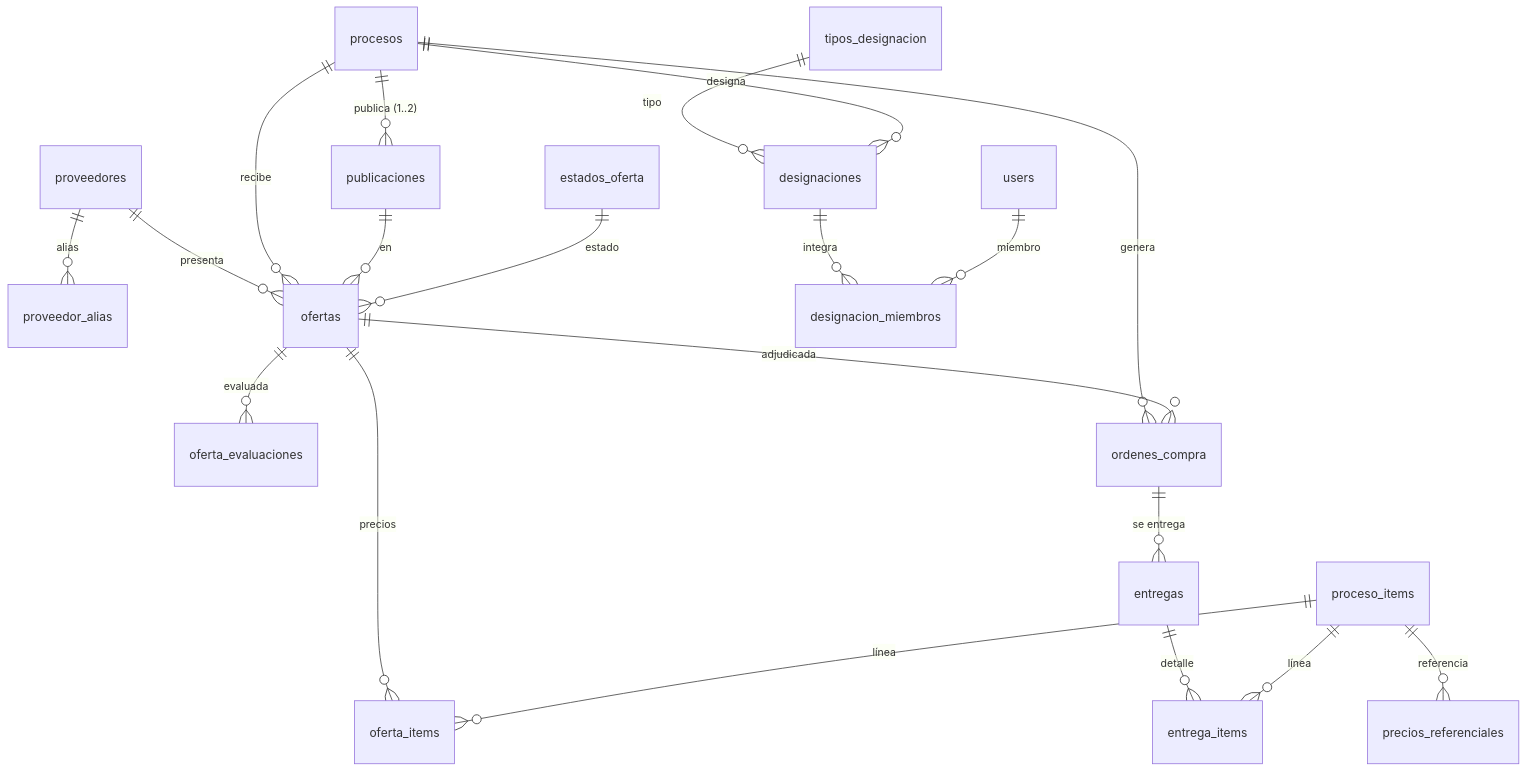
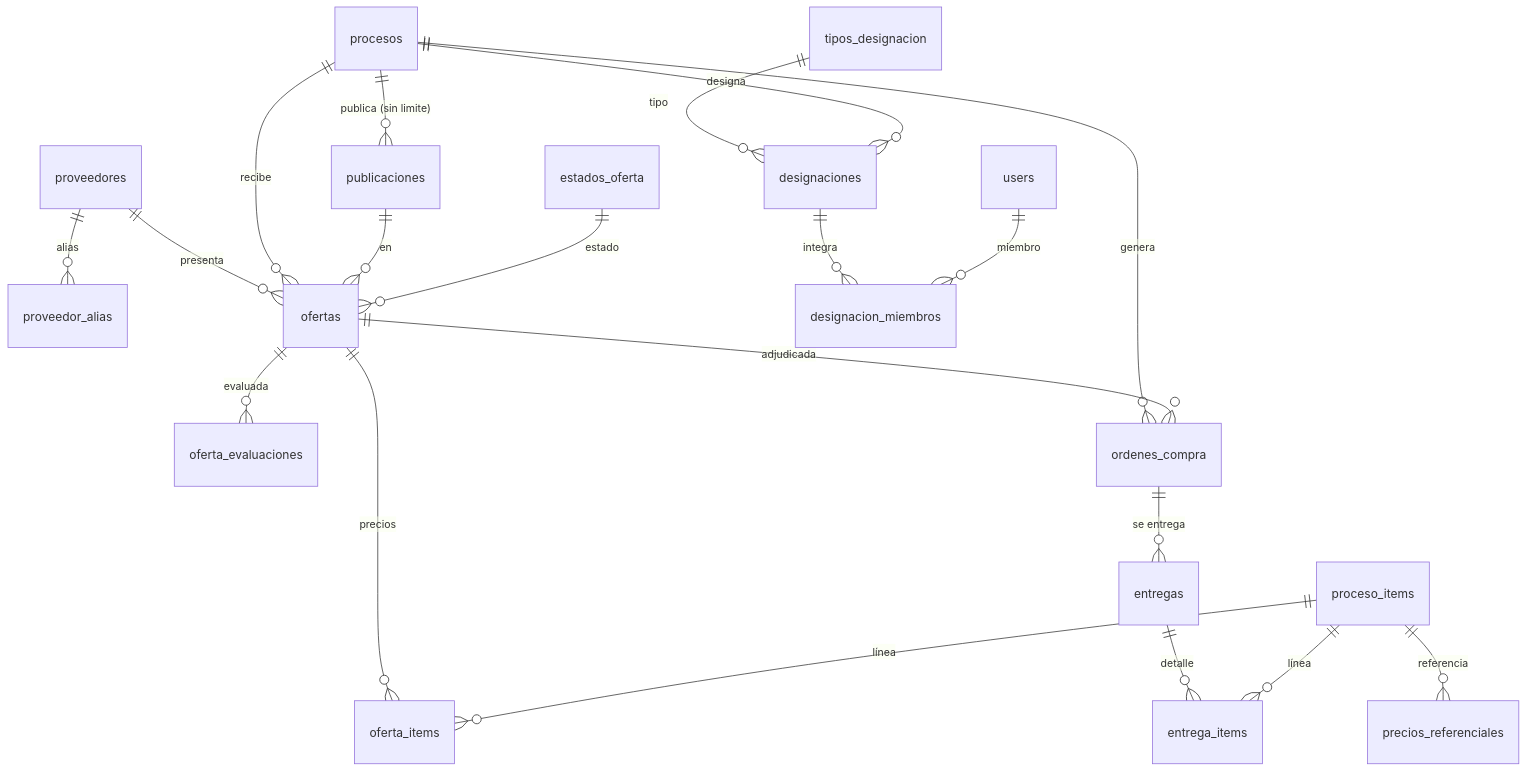
Before and after one commit to aozpzambrano/contratacion: the fourth of 4 diagrams in docs/01_arquitectura_datos.md, drawn with Mermaid. The commit also changed other lines of this file and 3 other files, not shown here.

Commit message:
Documentos requeridos para enviar a revision y publicaciones sin limite

````diff
--- a/docs/01_arquitectura_datos.md
+++ b/docs/01_arquitectura_datos.md
@@ -104,22 +104,22 @@
 ```mermaid
 erDiagram
-    procesos ||--o{ publicaciones : "publica (1..2)"
+    procesos ||--o{ publicaciones : "publica (sin limite)"
     proveedores ||--o{ proveedor_alias : "alias"
     proveedores ||--o{ ofertas : "presenta"
     procesos ||--o{ ofertas : "recibe"
     publicaciones ||--o{ ofertas : "en"
     estados_oferta ||--o{ ofertas : "estado"
     ofertas ||--o{ oferta_items : "precios"
     proceso_items ||--o{ oferta_items : "línea"
     ofertas ||--o{ oferta_evaluaciones : "evaluada"
     proceso_items ||--o{ precios_referenciales : "referencia"
     tipos_designacion ||--o{ designaciones : "tipo"
     procesos ||--o{ designaciones : "designa"
     designaciones ||--o{ designacion_miembros : "integra"
     users ||--o{ designacion_miembros : "miembro"
     procesos ||--o{ ordenes_compra : "genera"
     ofertas ||--o{ ordenes_compra : "adjudicada"
     ordenes_compra ||--o{ entregas : "se entrega"
     entregas ||--o{ entrega_items : "detalle"
     proceso_items ||--o{ entrega_items : "línea"
 ```
````
